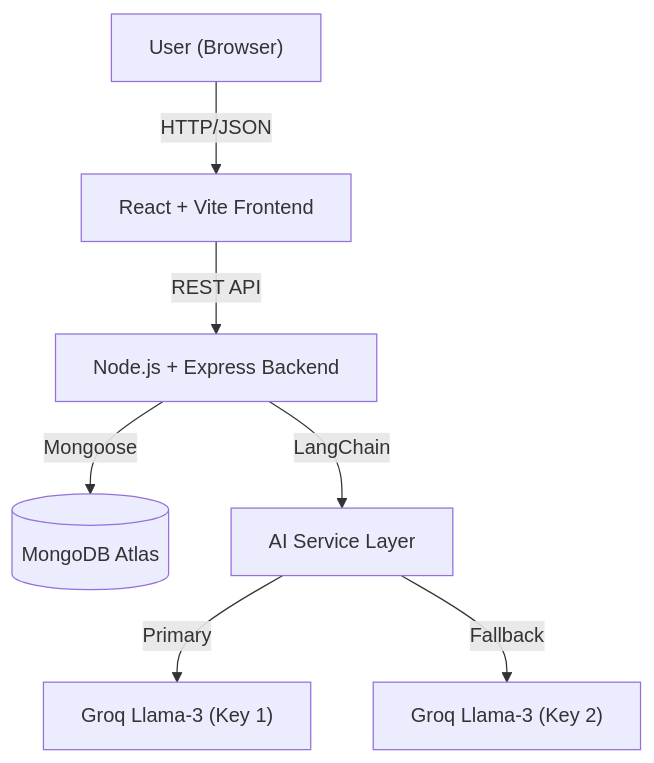
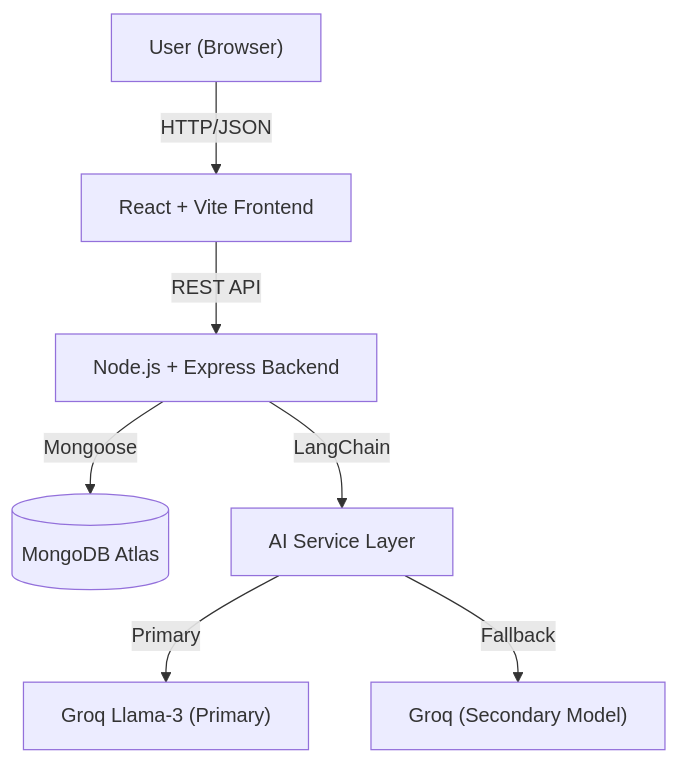
Before and after one commit to CyberShadowSensei/Project-Manager-AI-Agent: the diagram in README.md, drawn with Mermaid. The commit also changed other lines of this file, not shown here.

Commit message:
docs: separate Groq fallback strategy into a dedicated section

````diff
--- a/README.md
+++ b/README.md
@@ -48,9 +48,9 @@
 ```mermaid
 graph TD
     User["User (Browser)"] -->|HTTP/JSON| Frontend["React + Vite Frontend"]
     Frontend -->|REST API| Backend["Node.js + Express Backend"]
     Backend -->|Mongoose| DB[("MongoDB Atlas")]
     Backend -->|LangChain| AIService["AI Service Layer"]
-    AIService -->|Primary| Groq1["Groq Llama-3 (Key 1)"]
-    AIService -->|Fallback| Groq2["Groq Llama-3 (Key 2)"]
+    AIService -->|Primary| Groq1["Groq Llama-3 (Primary)"]
+    AIService -->|Fallback| Groq2["Groq (Secondary Model)"]
 ```
````
